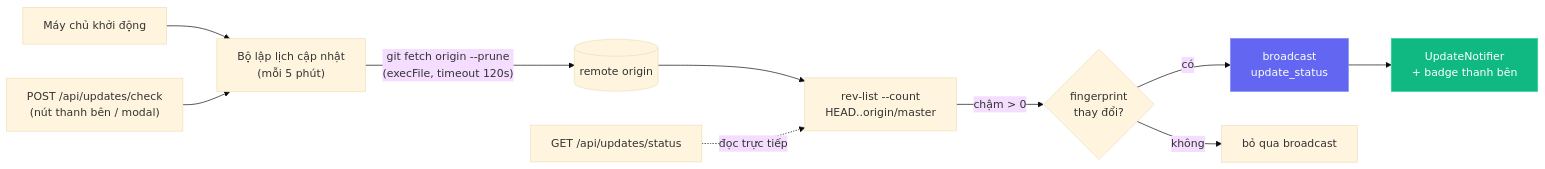
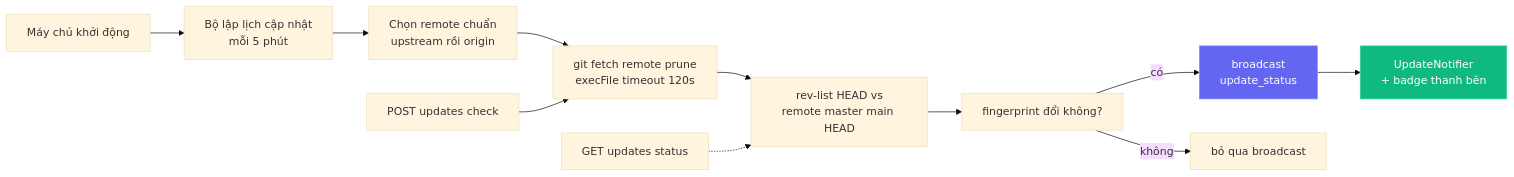
One commit to hoangsonww/Claude-Code-Agent-Monitor changed diagram 14 of 21 in README-VN.md. Above: the diagram before and after it, drawn with Mermaid (base theme). The commit also changed other lines of this file and 10 other files, not shown here.

````diff
--- a/README-VN.md
+++ b/README-VN.md
@@ -941,16 +941,17 @@
 ```mermaid
 flowchart LR
-    S["Máy chủ khởi động"] --> SCHED["Bộ lập lịch cập nhật<br/>(mỗi 5 phút)"]
-    SCHED -->|"git fetch origin --prune<br/>(execFile, timeout 120s)"| GIT[(remote origin)]
-    GIT --> CMP["rev-list --count<br/>HEAD..origin/master"]
-    CMP -->|chậm > 0| FP{"fingerprint<br/>thay đổi?"}
+    S["Máy chủ khởi động"] --> SCHED["Bộ lập lịch cập nhật<br/>mỗi 5 phút"]
+    SCHED --> PICK["Chọn remote chuẩn<br/>upstream rồi origin"]
+    PICK --> FETCH["git fetch remote prune<br/>execFile timeout 120s"]
+    FETCH --> CMP["rev-list HEAD vs<br/>remote master main HEAD"]
+    CMP --> FP["fingerprint đổi không?"]
     FP -->|có| WS["broadcast<br/>update_status"]
     FP -->|không| IDLE["bỏ qua broadcast"]
     WS --> CLIENT["UpdateNotifier<br/>+ badge thanh bên"]
 
-    CHECK["POST /api/updates/check<br/>(nút thanh bên / modal)"] --> SCHED
-    STATUS["GET /api/updates/status"] -.->|đọc trực tiếp| CMP
+    CHECK["POST updates check"] --> FETCH
+    STATUS["GET updates status"] -.-> CMP
 
     style WS fill:#6366f1,stroke:#818cf8,color:#fff
     style CLIENT fill:#10b981,stroke:#34d399,color:#fff
 ```
````
